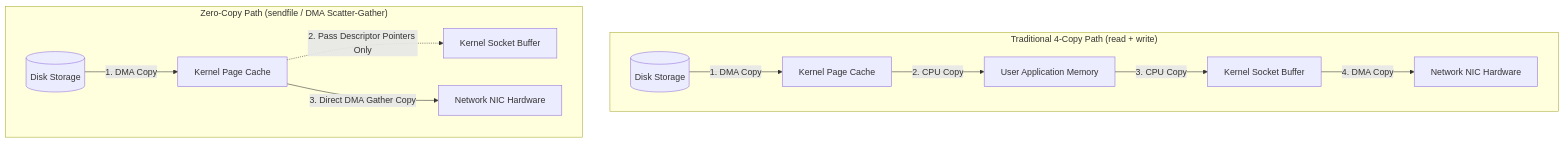
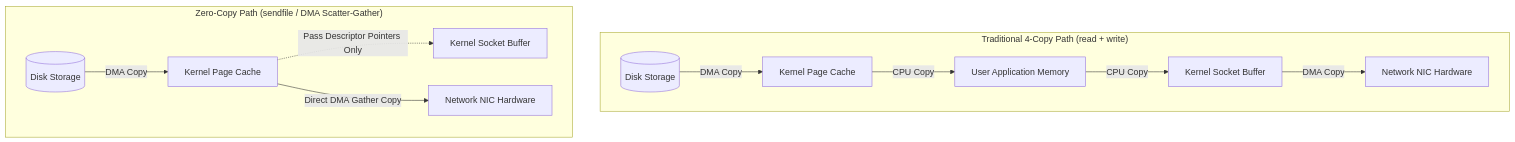
Before and after one commit to akmalkhaniub/akmalkhaniub.github.io: the diagram in blog/posts/zero-copy-network-io-sendfile-splice-memory-mapped-descriptors.md, drawn with Mermaid. The commit also changed 411 other files, not shown here.

````diff
--- a/blog/posts/zero-copy-network-io-sendfile-splice-memory-mapped-descriptors.md
+++ b/blog/posts/zero-copy-network-io-sendfile-splice-memory-mapped-descriptors.md
@@ -25,15 +25,15 @@
 ```mermaid
-graph TD
+flowchart TD
   subgraph SG1_Traditional4Copy ["Traditional 4-Copy Path (read + write)"]
-    Disk1[(Disk Storage)] -->|1. DMA Copy| PageCache1[Kernel Page Cache]
-    PageCache1 -->|2. CPU Copy| UserMem[User Application Memory]
-    UserMem -->|3. CPU Copy| SocketBuf1[Kernel Socket Buffer]
-    SocketBuf1 -->|4. DMA Copy| NIC1[Network NIC Hardware]
+    Disk1[(Disk Storage)] -->|DMA Copy| PageCache1[Kernel Page Cache]
+    PageCache1 -->|CPU Copy| UserMem[User Application Memory]
+    UserMem -->|CPU Copy| SocketBuf1[Kernel Socket Buffer]
+    SocketBuf1 -->|DMA Copy| NIC1[Network NIC Hardware]
   end
   
   subgraph SG2_ZeroCopyPath ["Zero-Copy Path (sendfile / DMA Scatter-Gather)"]
-    Disk2[(Disk Storage)] -->|1. DMA Copy| PageCache2[Kernel Page Cache]
-    PageCache2 -.->|2. Pass Descriptor Pointers Only| SocketBuf2[Kernel Socket Buffer]
-    PageCache2 -->|3. Direct DMA Gather Copy| NIC2[Network NIC Hardware]
+    Disk2[(Disk Storage)] -->|DMA Copy| PageCache2[Kernel Page Cache]
+    PageCache2 -.->|Pass Descriptor Pointers Only| SocketBuf2[Kernel Socket Buffer]
+    PageCache2 -->|Direct DMA Gather Copy| NIC2[Network NIC Hardware]
   end
 ```
````
